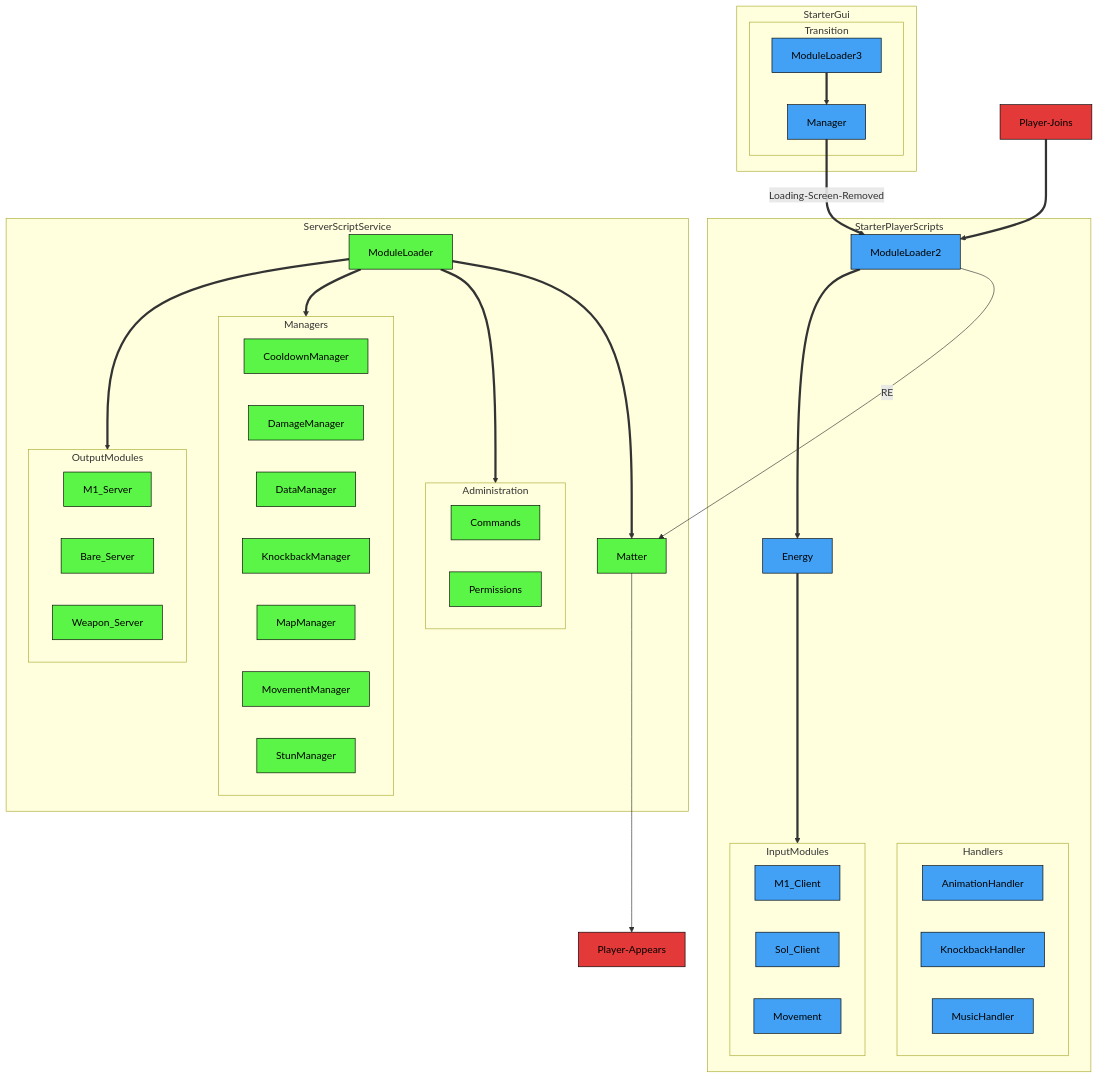
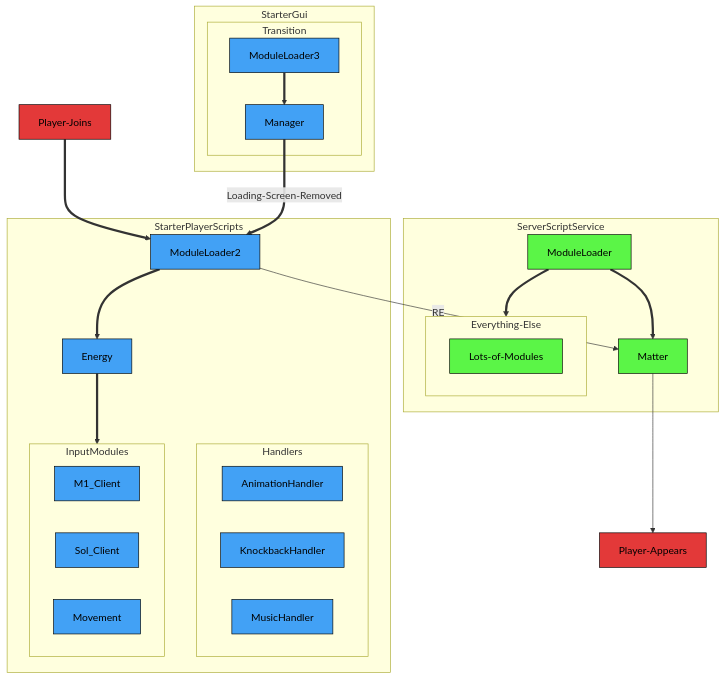
Before and after one commit to altair5607249/Crusaders-Game: the first of 3 diagrams in README.md, drawn with Mermaid.

````diff
--- a/README.md
+++ b/README.md
@@ -52,74 +52,55 @@
 ```mermaid
 flowchart TB;
 
   classDef eventNode fill:#e33939,stroke:#000000,color:#000000
   classDef serverNode fill:#5bf547,stroke:#000000,color:#000000
   classDef clientNode fill:#42a1f5,stroke:#000000,color:#000000
   classDef universalNode fill:#b549eb,stroke:#000000,color:#000000
 
   subgraph StarterPlayerScripts
     ModuleLoader2;
     Energy;
 
     subgraph Handlers
       AnimationHandler;
       KnockbackHandler;
       MusicHandler;
     end
 
     subgraph InputModules
       M1_Client;
       Sol_Client;
       Movement;
     end
   end
 
   subgraph StarterGui
     subgraph Transition
       ModuleLoader3==>A["Manager"]
     end
   end
 
   subgraph ServerScriptService
     ModuleLoader;
     Matter;
 
-    subgraph Administration
-      Commands;
-      Permissions;
-    end
-
-    subgraph Managers
-      CooldownManager;
-      DamageManager;
-      DataManager;
-      KnockbackManager;
-      MapManager;
-      MovementManager;
-      StunManager;
-    end
-
-    subgraph OutputModules
-      M1_Server;
-      Bare_Server;
-      Weapon_Server;
+    subgraph Everything-Else
+      Lots-of-Modules;
     end
   end
 
   Player-Joins==>ModuleLoader2
 
   A==>|Loading-Screen-Removed| ModuleLoader2
 
   ModuleLoader2-->|RE| Matter-->Player-Appears;
   ModuleLoader2==>Energy==>InputModules;
 
   ModuleLoader==>Matter;
-  ModuleLoader==>Administration;
-  ModuleLoader==>Managers;
-  ModuleLoader==>OutputModules;
+  ModuleLoader==>Everything-Else;
 
   class Player-Joins,Player-Appears,Loading-Screen eventNode;
-  class ModuleLoader,Matter,Commands,Permissions,CooldownManager,DamageManager,DataManager,KnockbackManager,MapManager,MovementManager,StunManager,M1_Server,Bare_Server,Weapon_Server serverNode;
+  class ModuleLoader,Matter,Lots-of-Modules,CooldownManager,DamageManager,DataManager,KnockbackManager,MapManager,MovementManager,StunManager,M1_Server,Bare_Server,Weapon_Server serverNode;
   class ModuleLoader2,Energy,AnimationHandler,KnockbackHandler,MusicHandler,M1_Client,Sol_Client,Movement,ModuleLoader3,ModuleLoader4,A,B,C clientNode;
   class Space,Time universalNode;
 ```
````
